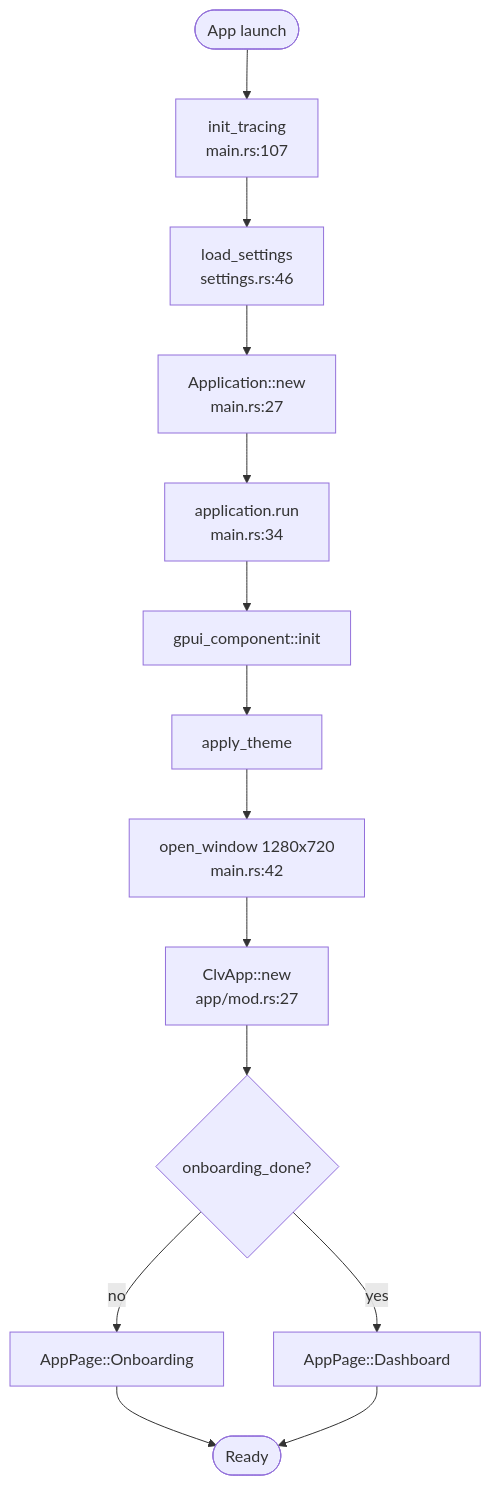
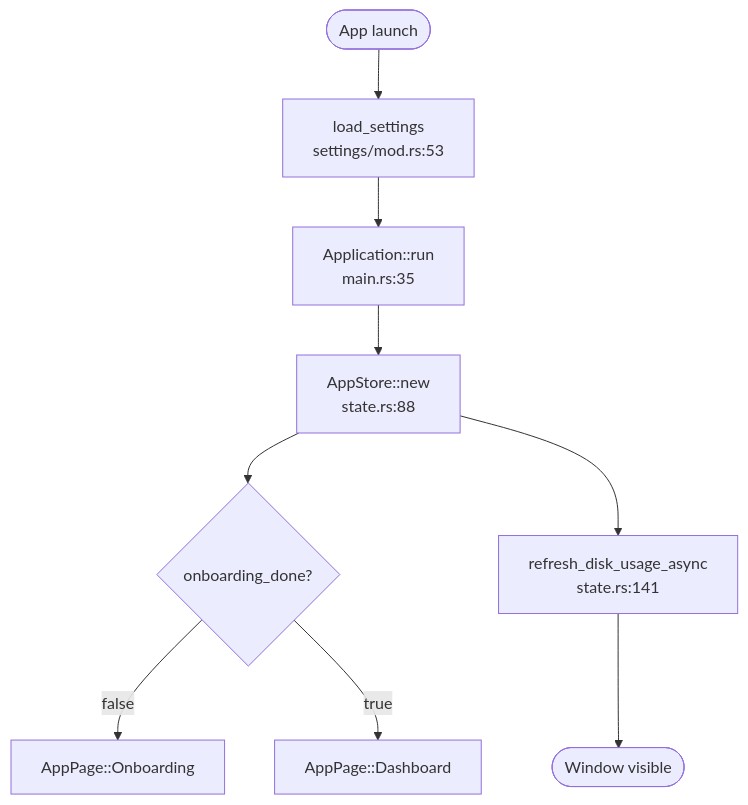
One commit to sopaco/CLV3000-Plus changed the second of 7 diagrams in .terrain/human/3.Workflows.md. Above: the diagram before and after it, drawn with Mermaid. The commit also changed other lines of this file and 15 other files, not shown here.

````diff
--- a/.terrain/human/3.Workflows.md
+++ b/.terrain/human/3.Workflows.md
@@ -43,16 +44,11 @@
 ```mermaid
 flowchart TD
-    Start([App launch]) --> InitTrace["init_tracing<br/>main.rs:107"]
-    InitTrace --> LoadSettings["load_settings<br/>settings.rs:46"]
-    LoadSettings --> AppNew["Application::new<br/>main.rs:27"]
-    AppNew --> RunGPUI["application.run<br/>main.rs:34"]
-    RunGPUI --> InitComponent["gpui_component::init"]
-    InitComponent --> ApplyTheme["apply_theme"]
-    ApplyTheme --> OpenWindow["open_window 1280x720<br/>main.rs:42"]
-    OpenWindow --> ClvAppNew["ClvApp::new<br/>app/mod.rs:27"]
-    ClvAppNew --> CheckOnboarding{"onboarding_done?"}
-    CheckOnboarding -->|no| Onboarding["AppPage::Onboarding"]
-    CheckOnboarding -->|yes| Dashboard["AppPage::Dashboard"]
-    Onboarding --> End([Ready])
-    Dashboard --> End
+    Start([App launch]) --> Load["load_settings<br/>settings/mod.rs:53"]
+    Load --> GPUI["Application::run<br/>main.rs:35"]
+    GPUI --> NewStore["AppStore::new<br/>state.rs:88"]
+    NewStore --> Onboard{"onboarding_done?"}
+    Onboard -->|false| PageO["AppPage::Onboarding"]
+    Onboard -->|true| PageD["AppPage::Dashboard"]
+    NewStore --> Disk["refresh_disk_usage_async<br/>state.rs:141"]
+    Disk --> End([Window visible])
 ```
````
